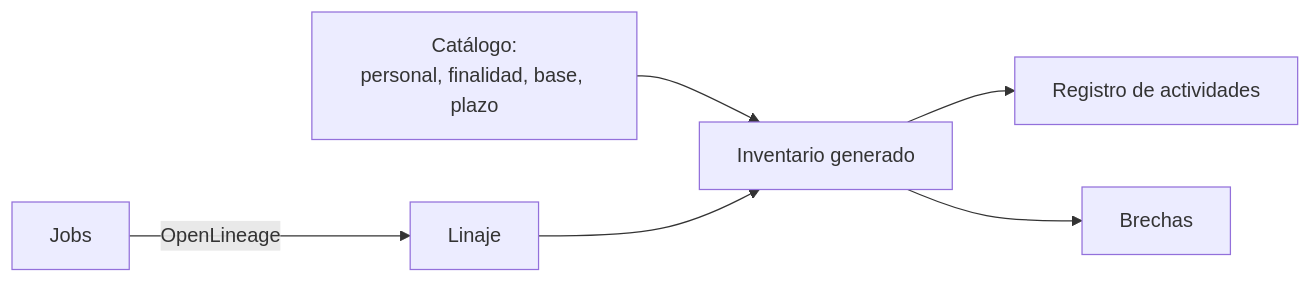
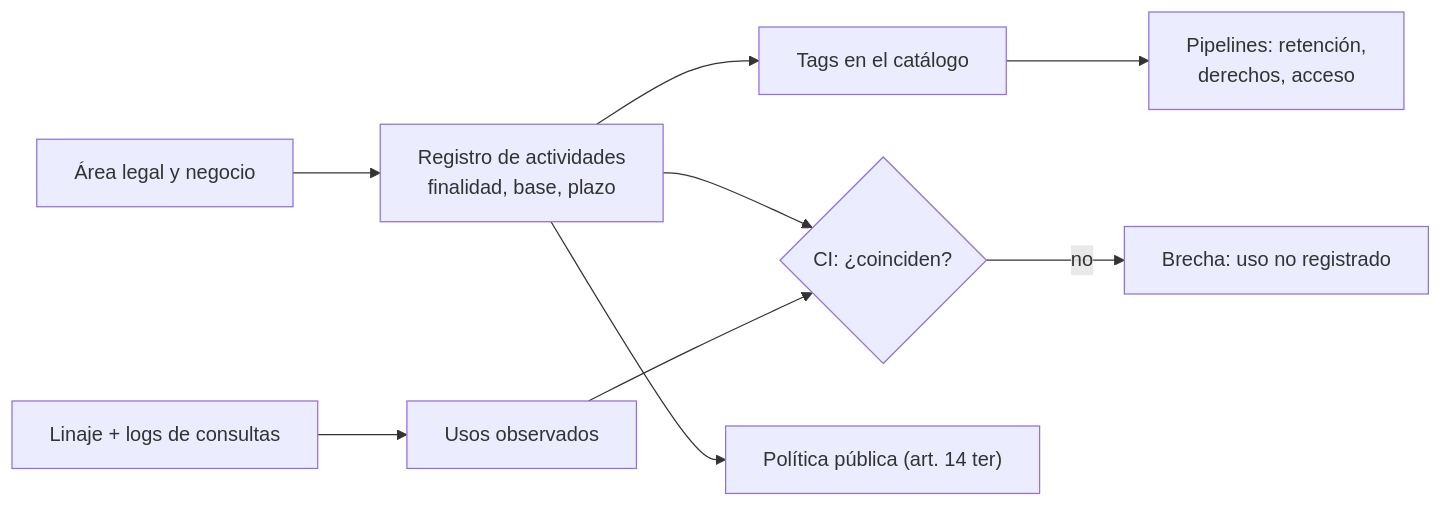
The diagram in content/concepts/processing-activities-inventory.md (fcp4891/de-knowledge-hub), drawn with Mermaid before and after one commit. The commit also changed other lines of this file and 23 other files, not shown here.

````diff
--- a/content/concepts/processing-activities-inventory.md
+++ b/content/concepts/processing-activities-inventory.md
@@ -142,8 +132,10 @@
 ```mermaid
 flowchart LR
-  J["Jobs"] -- "OpenLineage" --> L["Linaje"]
-  C["Catálogo:<br/>personal, finalidad, base, plazo"] --> I["Inventario generado"]
-  L --> I
-  I --> R["Registro de actividades"]
-  I --> B["Brechas"]
+  L["Área legal y negocio"] --> R["Registro de actividades<br/>finalidad, base, plazo"]
+  R --> T["Tags en el catálogo"]
+  T --> P["Pipelines: retención,<br/>derechos, acceso"]
+  LG["Linaje + logs de consultas"] --> U["Usos observados"]
+  R & U --> CI{"CI: ¿coinciden?"}
+  CI -- "no" --> E["Brecha: uso no registrado"]
+  R --> PO["Política pública (art. 14 ter)"]
 ```
````
